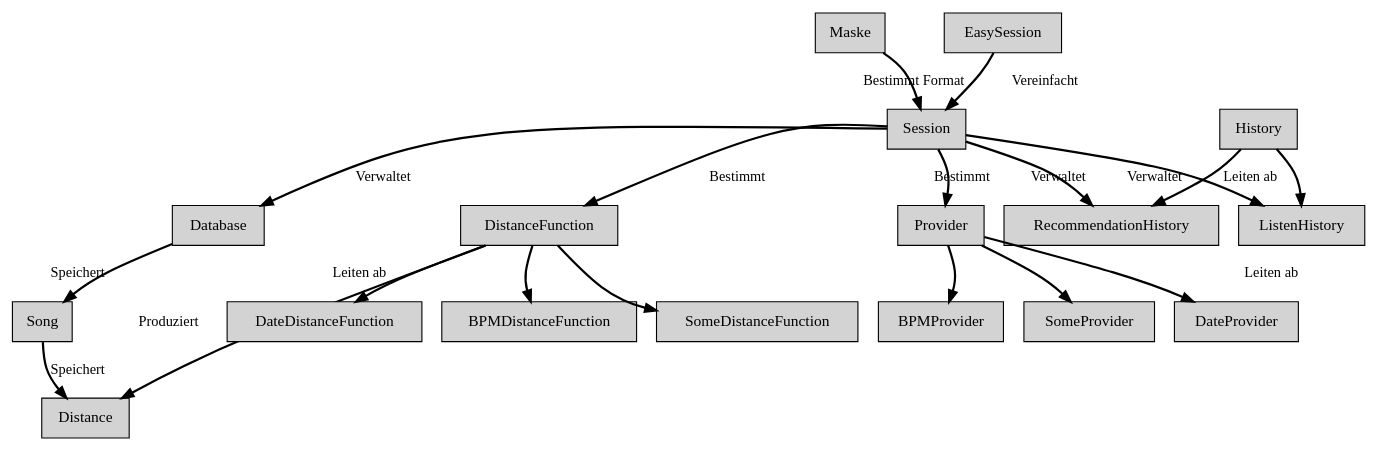
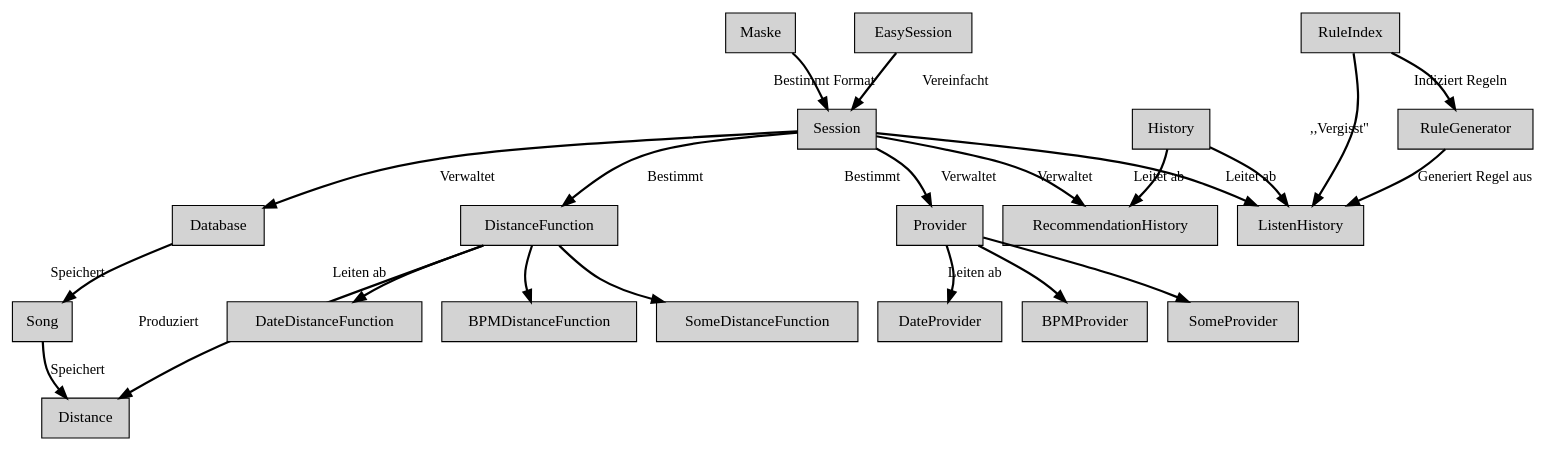
Before and after one commit to sahib/libmunin-thesis: the diagram in rst/III/figs/class.dot, drawn with Graphviz. The commit also changed 18 other files, not shown here.

```diff
--- a/rst/III/figs/class.dot
+++ b/rst/III/figs/class.dot
@@ -1,30 +1,35 @@
 digraph G {
     charset = "UTF-8";
     splines = curved;
 
     node [shape=record, style=filled];
     edge [style=bold, fontsize=13];
 
     Session -> Database [label="Verwaltet"]
     Session -> Provider [label="Bestimmt"]
     Session -> DistanceFunction [label="Bestimmt"]
     Session -> RecommendationHistory [label="Verwaltet"]
     Session -> ListenHistory [label="Verwaltet"]
     Maske   -> Session [label="Bestimmt Format"]
     EasySession -> Session [label="Vereinfacht"]
     
     Database -> Song [label="Speichert"]
     Song -> Distance [label="Speichert"]
     DistanceFunction -> Distance [label="Produziert"]
 
     Provider -> DateProvider [label="Leiten ab"]
     Provider -> BPMProvider 
     Provider -> SomeProvider 
 
     DistanceFunction -> DateDistanceFunction [label="Leiten ab"]
     DistanceFunction -> BPMDistanceFunction 
     DistanceFunction -> SomeDistanceFunction 
 
-    History -> RecommendationHistory  [label="Leiten ab"]
-    History -> ListenHistory
+    subgraph {
+        History -> RecommendationHistory  [label="Leitet ab"]
+        History -> ListenHistory [label="Leitet ab"]
+        RuleIndex -> ListenHistory [label=",,Vergisst''"]
+        RuleGenerator -> ListenHistory [label="Generiert Regel aus"]
+        RuleIndex -> RuleGenerator [label="Indiziert Regeln"]
+    }
 }
```
